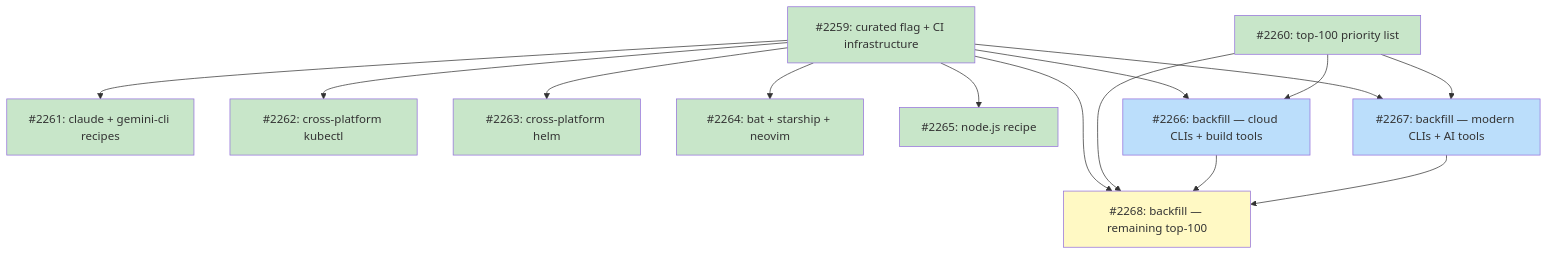
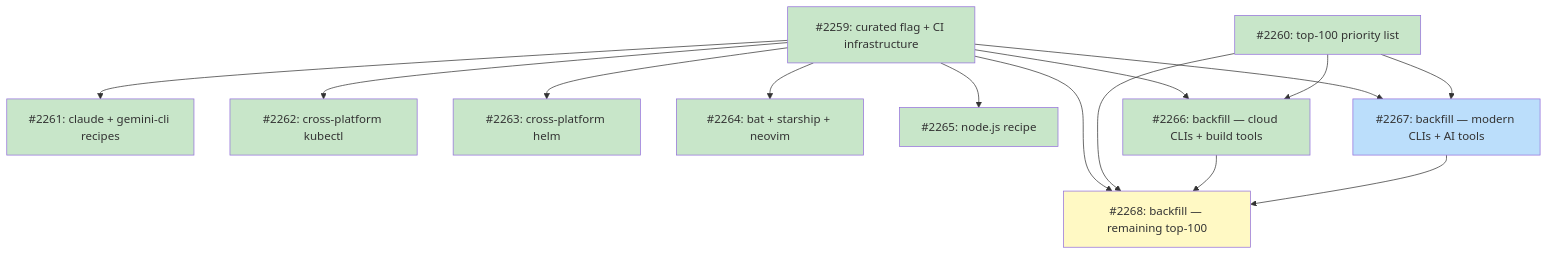
Before and after one commit to tsukumogami/tsuku: the diagram in docs/designs/DESIGN-curated-recipes.md, drawn with Mermaid. The commit also changed other lines of this file and 3 other files, not shown here.

````diff
--- a/docs/designs/DESIGN-curated-recipes.md
+++ b/docs/designs/DESIGN-curated-recipes.md
@@ -649,35 +649,35 @@
 ```mermaid
 graph TD
     I2259["#2259: curated flag + CI infrastructure"]
     I2260["#2260: top-100 priority list"]
     I2261["#2261: claude + gemini-cli recipes"]
     I2262["#2262: cross-platform kubectl"]
     I2263["#2263: cross-platform helm"]
     I2264["#2264: bat + starship + neovim"]
     I2265["#2265: node.js recipe"]
     I2266["#2266: backfill — cloud CLIs + build tools"]
     I2267["#2267: backfill — modern CLIs + AI tools"]
     I2268["#2268: backfill — remaining top-100"]
 
     I2259 --> I2261
     I2259 --> I2262
     I2259 --> I2263
     I2259 --> I2264
     I2259 --> I2265
     I2259 --> I2266
     I2259 --> I2267
     I2259 --> I2268
     I2260 --> I2266
     I2260 --> I2267
     I2260 --> I2268
     I2266 --> I2268
     I2267 --> I2268
 
     classDef done fill:#c8e6c9
     classDef ready fill:#bbdefb
     classDef blocked fill:#fff9c4
 
-    class I2259,I2260,I2261,I2262,I2263,I2264,I2265 done
-    class I2266,I2267 ready
+    class I2259,I2260,I2261,I2262,I2263,I2264,I2265,I2266 done
+    class I2267 ready
     class I2268 blocked
 ```
````
